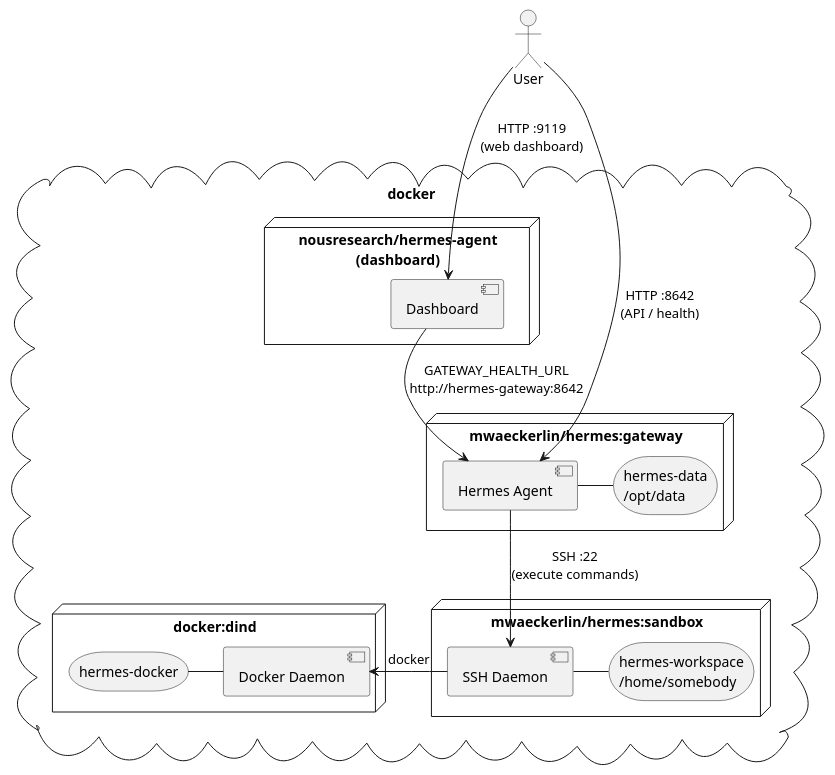
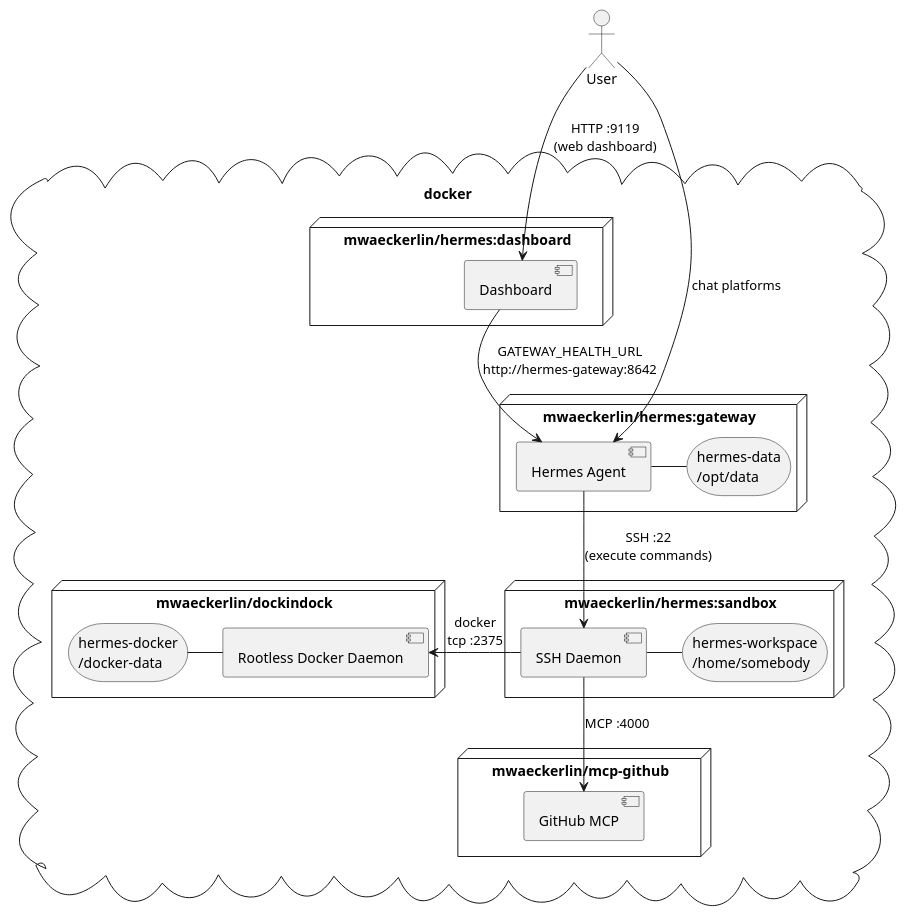
Before and after one commit to mwaeckerlin/hermes: the second of 2 diagrams in README.md, drawn with PlantUML. The commit also changed other lines of this file and 19 other files, not shown here.

First line of the commit message:
Pairing approval for the current hermes-agent, image tests, multi-arch pipeline

````diff
--- a/README.md
+++ b/README.md
@@ -140,36 +108,41 @@
 ```plantuml
 @startuml architecture
 actor User as user
 
 cloud docker {
 
   node "mwaeckerlin/hermes:gateway" as gw {
     [Hermes Agent] as ctrl
     storage "hermes-data\n/opt/data" as cfg
     ctrl - cfg
   }
 
-  node "nousresearch/hermes-agent\n(dashboard)" as dash {
+  node "mwaeckerlin/hermes:dashboard" as dash {
     [Dashboard] as ui
   }
 
   node "mwaeckerlin/hermes:sandbox" as sb {
     [SSH Daemon] as sshd
     storage "hermes-workspace\n/home/somebody" as ws
     sshd -right- ws
   }
 
-  node "docker:dind" as dind {
-    [Docker Daemon] as dd
-    storage "hermes-docker" as dv
+  node "mwaeckerlin/dockindock" as dind {
+    [Rootless Docker Daemon] as dd
+    storage "hermes-docker\n/docker-data" as dv
     dd -left- dv
+  }
+
+  node "mwaeckerlin/mcp-github" as mcp {
+    [GitHub MCP] as gh
   }
 }
 
-user --> ctrl : "HTTP :8642\n(API / health)"
 user --> ui : "HTTP :9119\n(web dashboard)"
+user --> ctrl : "chat platforms"
 ui --> ctrl : "GATEWAY_HEALTH_URL\nhttp://hermes-gateway:8642"
 ctrl --> sshd : "SSH :22\n(execute commands)"
-sshd -left-> dd : docker
+sshd -left-> dd : "docker\ntcp :2375"
+sshd --> gh : "MCP :4000"
 @enduml
 ```
````
